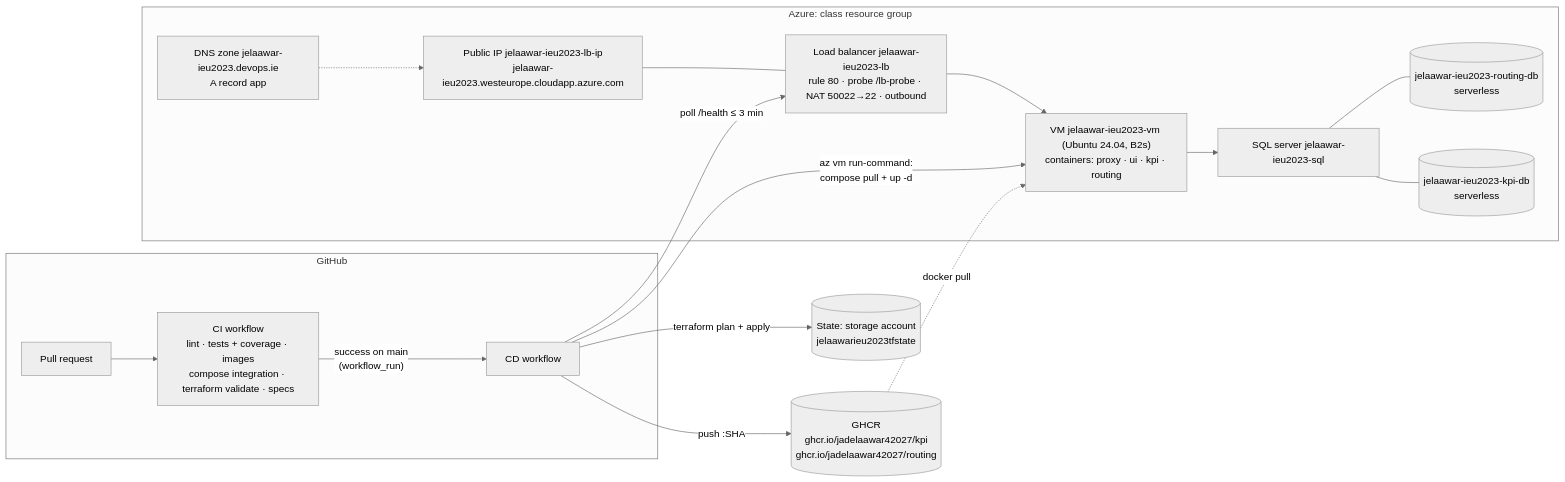
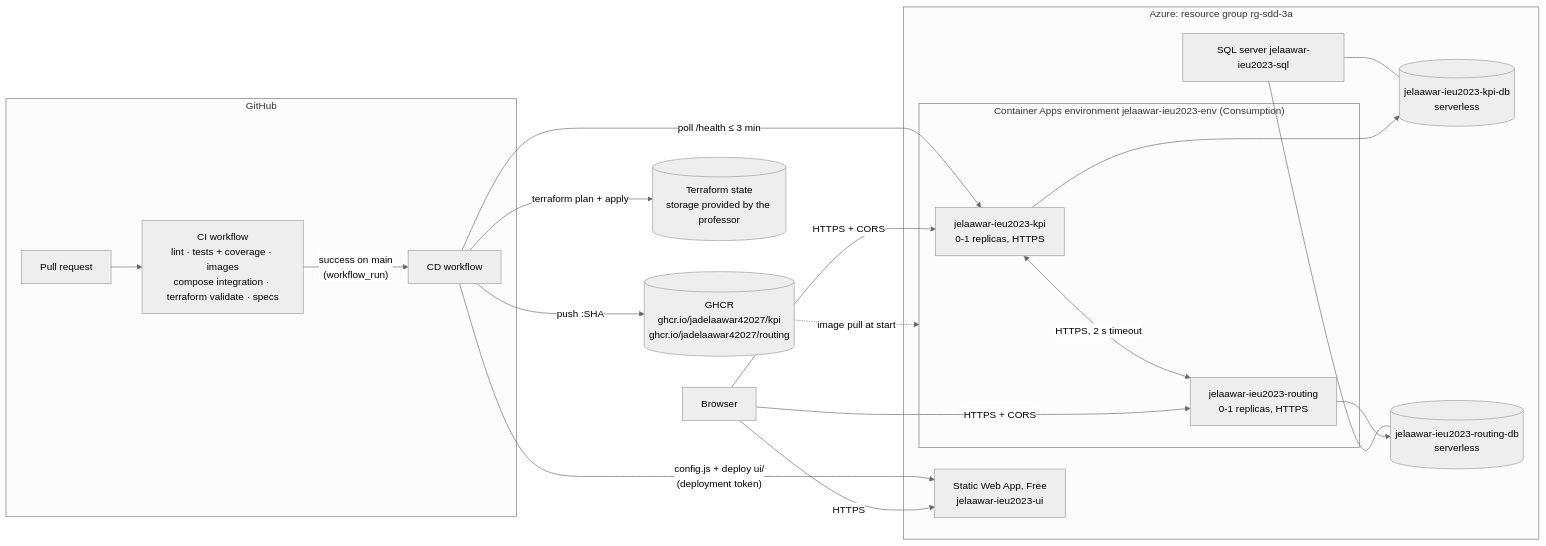
Before and after one commit to Jadelaawar42027/devops-teamManagement: the third of 6 diagrams in docs/report.md, drawn with Mermaid (neutral theme). The commit also changed other lines of this file and 34 other files, not shown here.

````diff
--- a/docs/report.md
+++ b/docs/report.md
@@ -54,20 +53,28 @@
 ```mermaid
 flowchart LR
   subgraph GitHub
     PR[Pull request] --> CI["CI workflow<br/>lint · tests + coverage · images<br/>compose integration · terraform validate · specs"]
     CI -- "success on main<br/>(workflow_run)" --> CD[CD workflow]
   end
   CD -- "push :SHA" --> GHCR[(GHCR<br/>ghcr.io/jadelaawar42027/kpi<br/>ghcr.io/jadelaawar42027/routing)]
-  CD -- "terraform plan + apply" --> TF[(State: storage account<br/>jelaawarieu2023tfstate)]
-  CD -- "az vm run-command:<br/>compose pull + up -d" --> VM
-  CD -- "poll /health ≤ 3 min" --> LB
-  subgraph Azure["Azure: class resource group"]
-    DNS[DNS zone jelaawar-ieu2023.devops.ie<br/>A record app] -.-> PIP
-    PIP[Public IP jelaawar-ieu2023-lb-ip<br/>jelaawar-ieu2023.westeurope.cloudapp.azure.com] --- LB[Load balancer jelaawar-ieu2023-lb<br/>rule 80 · probe /lb-probe · NAT 50022→22 · outbound]
-    LB --> VM["VM jelaawar-ieu2023-vm (Ubuntu 24.04, B2s)<br/>containers: proxy · ui · kpi · routing"]
-    VM --> SQL[SQL server jelaawar-ieu2023-sql]
+  CD -- "terraform plan + apply" --> TF[(Terraform state<br/>storage provided by the professor)]
+  CD -- "config.js + deploy ui/<br/>(deployment token)" --> WEB
+  CD -- "poll /health ≤ 3 min" --> K
+  subgraph Azure["Azure: resource group rg-sdd-3a"]
+    WEB[Static Web App, Free<br/>jelaawar-ieu2023-ui]
+    subgraph ENV["Container Apps environment jelaawar-ieu2023-env (Consumption)"]
+      K[jelaawar-ieu2023-kpi<br/>0-1 replicas, HTTPS]
+      R[jelaawar-ieu2023-routing<br/>0-1 replicas, HTTPS]
+    end
+    SQL[SQL server jelaawar-ieu2023-sql]
     SQL --- D1[(jelaawar-ieu2023-kpi-db<br/>serverless)]
     SQL --- D2[(jelaawar-ieu2023-routing-db<br/>serverless)]
+    K --> D1
+    R --> D2
+    K <-->|HTTPS, 2 s timeout| R
   end
-  GHCR -. "docker pull" .-> VM
+  GHCR -. "image pull at start" .-> ENV
+  U[Browser] -->|HTTPS| WEB
+  U -->|HTTPS + CORS| K
+  U -->|HTTPS + CORS| R
 ```
````
